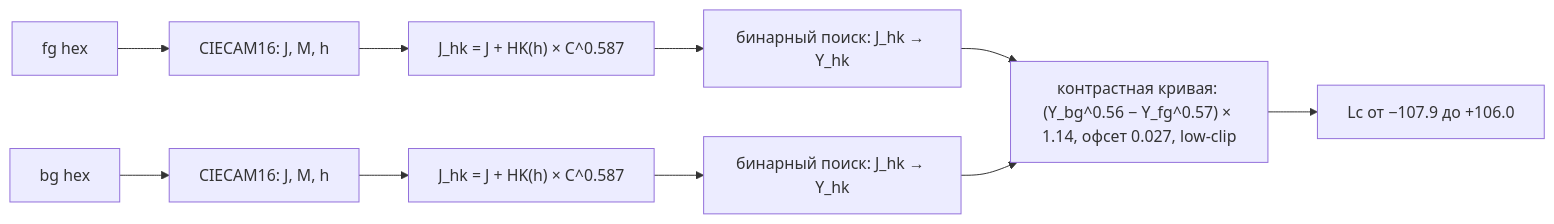
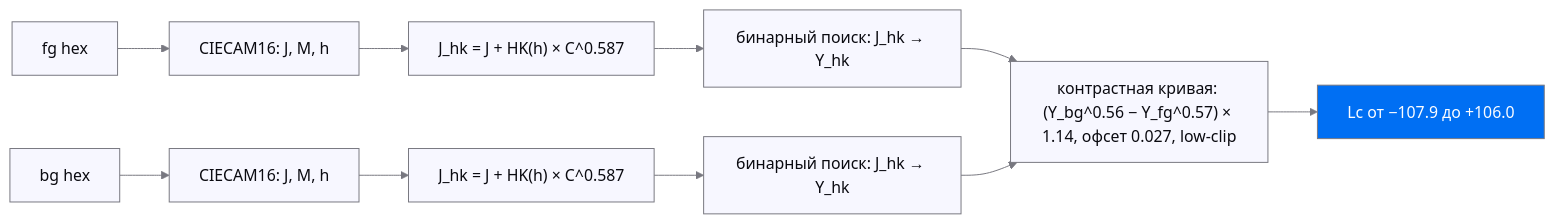
Before and after one commit to Labpics-Team/lab-colors: the third of 4 diagrams in README.md, drawn with Mermaid. The commit also changed other lines of this file, not shown here.

Commit message:
docs(readme): style mermaid diagrams per wave canon (init + classDef + #787880 strokes)

````diff
--- a/README.md
+++ b/README.md
@@ -119,12 +142,23 @@
 ```mermaid
+%%{init: {'theme':'base','themeVariables':{
+  'lineColor':'#787880','textColor':'#0A0A10',
+  'edgeLabelBackground':'#F7F7FF',
+  'clusterBkg':'transparent','clusterBorder':'#787880'
+}}}%%
 graph LR
     FG["fg hex"] --> C16a["CIECAM16: J, M, h"]
     BG["bg hex"] --> C16b["CIECAM16: J, M, h"]
     C16a --> HK1["J_hk = J + HK(h) × C^0.587"]
     C16b --> HK2["J_hk = J + HK(h) × C^0.587"]
     HK1 --> BIN1["бинарный поиск: J_hk → Y_hk"]
     HK2 --> BIN2["бинарный поиск: J_hk → Y_hk"]
     BIN1 --> CURVE2["контрастная кривая: (Y_bg^0.56 − Y_fg^0.57) × 1.14, офсет 0.027, low-clip"]
     BIN2 --> CURVE2
     CURVE2 --> Lc["Lc от −107.9 до +106.0"]
+
+    classDef node fill:#F7F7FF,stroke:#787880,color:#0A0A10
+    classDef accent fill:#006FF3,stroke:#787880,color:#FCFDFF
+    classDef dark fill:#101012,stroke:#787880,color:#F2F2FC
+    class FG,BG,C16a,C16b,HK1,HK2,BIN1,BIN2,CURVE2 node
+    class Lc accent
 ```
````
